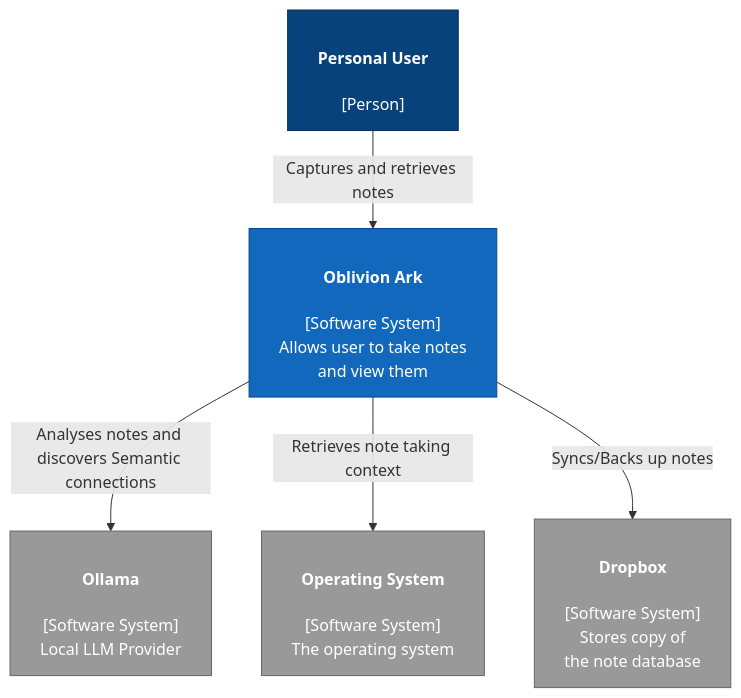
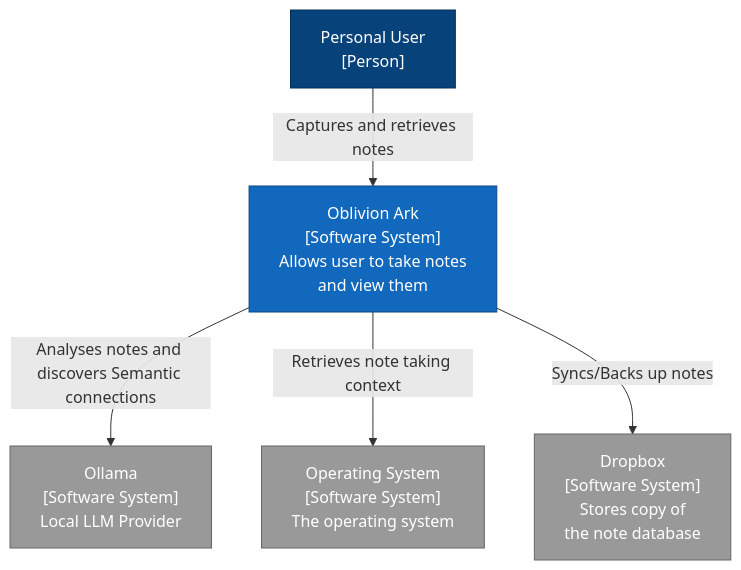
The first of 2 diagrams in docs/01-project-overview.md (kfischer-okarin/oblivion-ark), drawn with Mermaid before and after one commit. The commit also changed other lines of this file, not shown here.

````diff
--- a/docs/01-project-overview.md
+++ b/docs/01-project-overview.md
@@ -13,21 +13,21 @@
 ```mermaid
 flowchart TD
-    User["<h4>Personal User</h4>[Person]"]
-    OblivionArk["<h4>Oblivion Ark</h4>[Software System]<br/>Allows user to take notes<br/>and view them"]
-    Ollama["<h4>Ollama</h4>[Software System]<br/>Local LLM Provider"]
-    OS["<h4>Operating System</h4>[Software System]<br/>The operating system"]
-    CloudStorage["<h4>Dropbox</h4>[Software System]<br/>Stores copy of<br/>the note database"]
+    User["Personal User<br/>[Person]"]
+    OblivionArk["Oblivion Ark<br/>[Software System]<br/>Allows user to take notes<br/>and view them"]
+    Ollama["Ollama<br/>[Software System]<br/>Local LLM Provider"]
+    OS["Operating System<br/>[Software System]<br/>The operating system"]
+    CloudStorage["Dropbox<br/>[Software System]<br/>Stores copy of<br/>the note database"]
 
     User --"Captures and retrieves notes"--> OblivionArk
     OblivionArk --"Analyses notes and discovers Semantic connections"--> Ollama
     OblivionArk --"Retrieves note taking context"--> OS
     OblivionArk --"Syncs/Backs up notes"--> CloudStorage
 
     classDef system fill:#1168bd,stroke:#0b4884,color:white
     classDef external fill:#999999,stroke:#666666,color:white
     classDef user fill:#08427b,stroke:#052E56,color:white
 
     class OblivionArk system
     class Ollama,OS,CloudStorage external
     class User user
 ```
````
